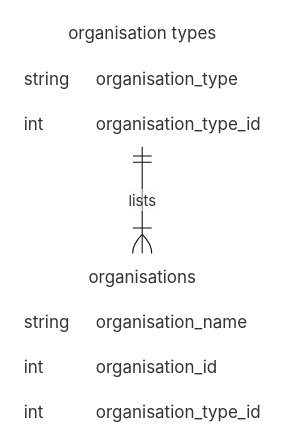
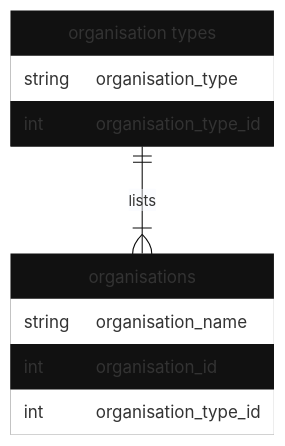
One commit to data-intelligence-00003/fetch changed the diagram in data/README.md. Above: the diagram before and after it, drawn with Mermaid (base theme).

````diff
--- a/data/README.md
+++ b/data/README.md
@@ -16,15 +16,15 @@
 ```mermaid
 erDiagram
     typ["organisation types"]{
         string organisation_type
         int organisation_type_id
     }
     org[organisations]{
         string organisation_name
         int organisation_id
         int organisation_type_id 
     }
     typ ||--|{ org : lists
 
-    classDef default fill:#ffffff,stroke:#ffffff,stroke-width:0px;
+    classDef default fill:#111111,stroke:#111111,stroke-width:0px;
 ```
````
